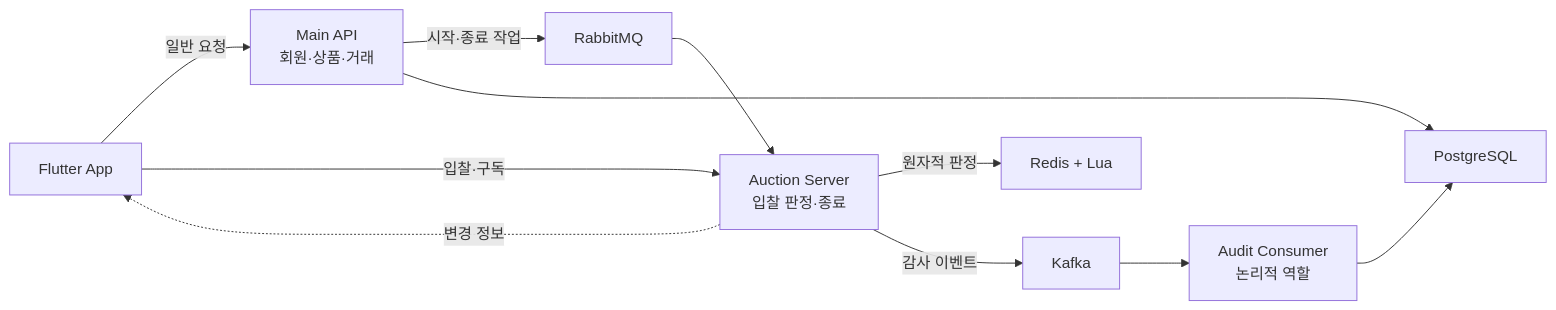
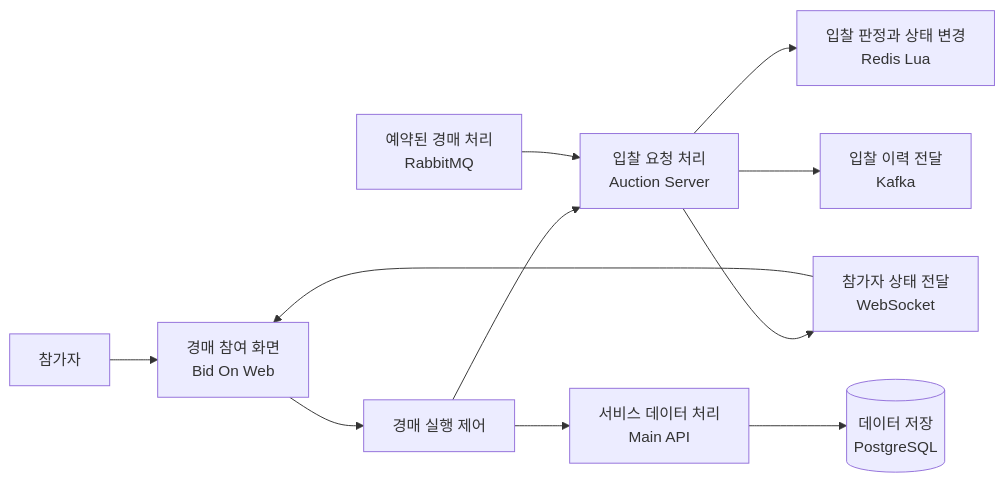
Before and after one commit to Masha0118/Bid: the diagram in README.md, drawn with Mermaid. The commit also changed other lines of this file and 73 other files, not shown here.

````diff
--- a/README.md
+++ b/README.md
@@ -45,13 +73,13 @@
 ```mermaid
 flowchart LR
-    App["Flutter App"] -->|"일반 요청"| Main["Main API\n회원·상품·거래"]
-    App -->|"입찰·구독"| Auction["Auction Server\n입찰 판정·종료"]
-    Auction -->|"원자적 판정"| Redis["Redis + Lua"]
-    Auction -.->|"변경 정보"| App
-    Main -->|"시작·종료 작업"| Rabbit["RabbitMQ"]
-    Rabbit --> Auction
-    Auction -->|"감사 이벤트"| Kafka["Kafka"]
-    Kafka --> Audit["Audit Consumer\n논리적 역할"]
-    Main --> DB["PostgreSQL"]
-    Audit --> DB
+    Participant["참가자"] --> Web["경매 참여 화면<br/>Bid On Web"]
+    Web --> Control["경매 실행 제어"]
+    Control --> Auction["입찰 요청 처리<br/>Auction Server"]
+    Auction --> Redis["입찰 판정과 상태 변경<br/>Redis Lua"]
+    Auction --> WS["참가자 상태 전달<br/>WebSocket"]
+    WS --> Web
+    Auction --> Kafka["입찰 이력 전달<br/>Kafka"]
+    Queue["예약된 경매 처리<br/>RabbitMQ"] --> Auction
+    Control --> Main["서비스 데이터 처리<br/>Main API"]
+    Main --> DB[("데이터 저장<br/>PostgreSQL")]
 ```
````
